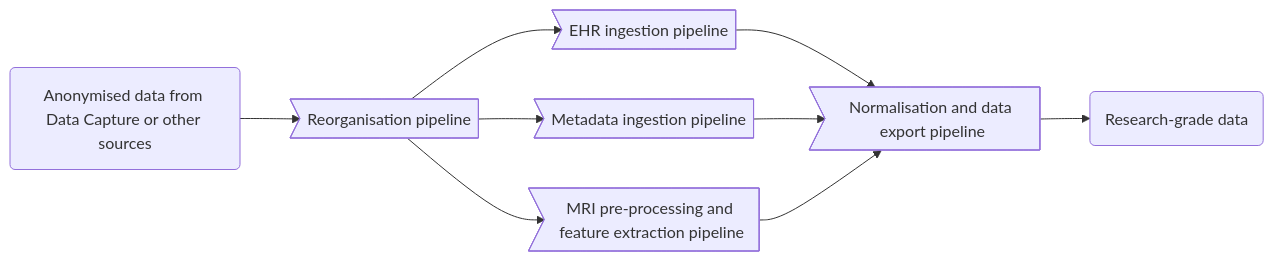
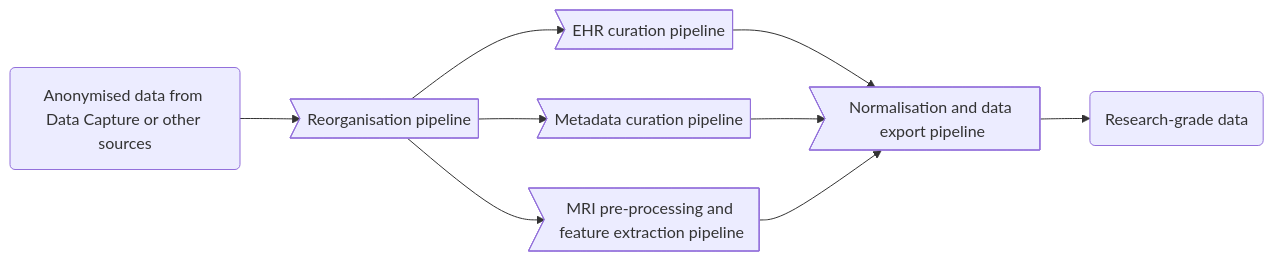
The first of 6 diagrams in content/data-factory/pipelines.md (HBPMedical/specifications), drawn with Mermaid before and after one commit. The commit also changed other lines of this file and 10 other files, not shown here.

```diff
--- a/content/data-factory/pipelines.md
+++ b/content/data-factory/pipelines.md
@@ -18,18 +18,18 @@
 {{<mermaid align="left">}}
 graph LR
         data_in(Anonymised data from Data Capture or other sources)
         data_out(Research-grade data)
         reorg_pipeline> Reorganisation pipeline]
-        ehr_pipeline> EHR ingestion pipeline]
-        metadata_pipeline> Metadata ingestion pipeline]
+        ehr_pipeline> EHR curation pipeline]
+        metadata_pipeline> Metadata curation pipeline]
         preprocessing_pipeline> MRI pre-processing and feature extraction pipeline]
         normalisation_pipeline> Normalisation and data export pipeline]
         data_in --> reorg_pipeline
         reorg_pipeline --> ehr_pipeline
         reorg_pipeline --> metadata_pipeline
         reorg_pipeline --> preprocessing_pipeline
         ehr_pipeline --> normalisation_pipeline
         metadata_pipeline --> normalisation_pipeline
         preprocessing_pipeline --> normalisation_pipeline
         normalisation_pipeline --> data_out
 {{< /mermaid >}}
```
